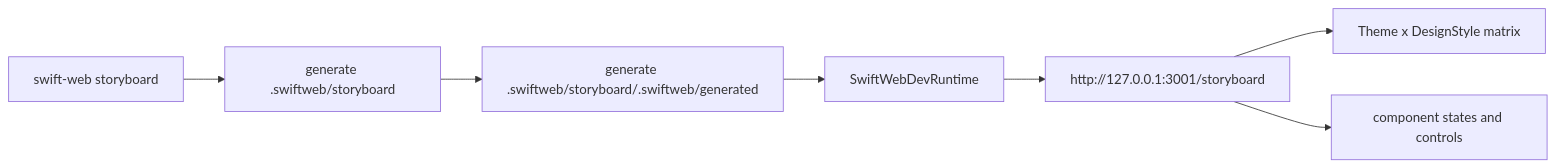
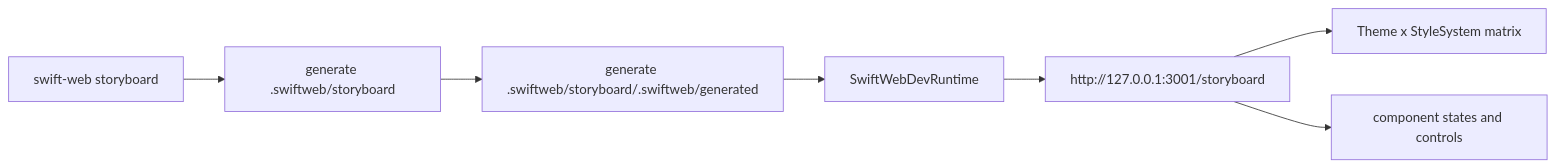
One commit to 1amageek/swift-web changed the fourth of 6 diagrams in Sources/SwiftWebCLI/README.md. Above: the diagram before and after it, drawn with Mermaid. The commit also changed other lines of this file and 40 other files, not shown here.

````diff
--- a/Sources/SwiftWebCLI/README.md
+++ b/Sources/SwiftWebCLI/README.md
@@ -59,9 +84,9 @@
 ```mermaid
 flowchart LR
   A["swift-web storyboard"] --> B["generate .swiftweb/storyboard"]
   B --> C["generate .swiftweb/storyboard/.swiftweb/generated"]
   C --> D["SwiftWebDevRuntime"]
   D --> E["http://127.0.0.1:3001/storyboard"]
-  E --> F["Theme x DesignStyle matrix"]
+  E --> F["Theme x StyleSystem matrix"]
   E --> G["component states and controls"]
 ```
````
